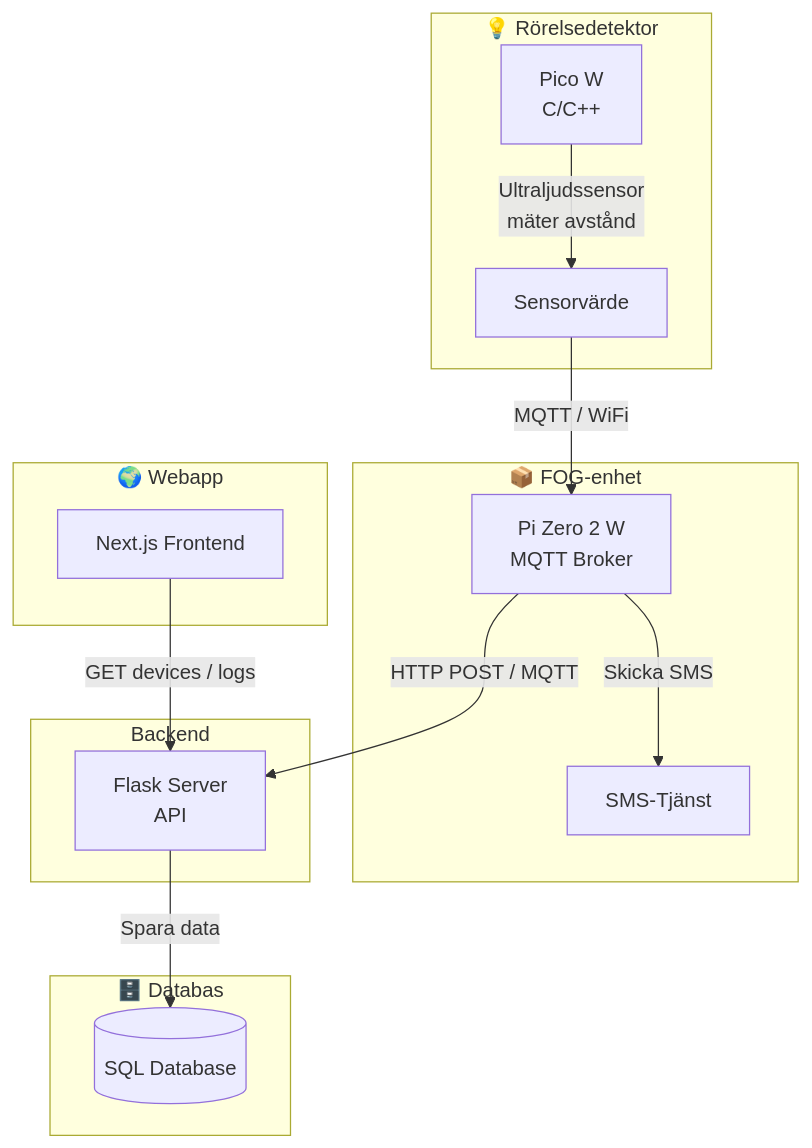
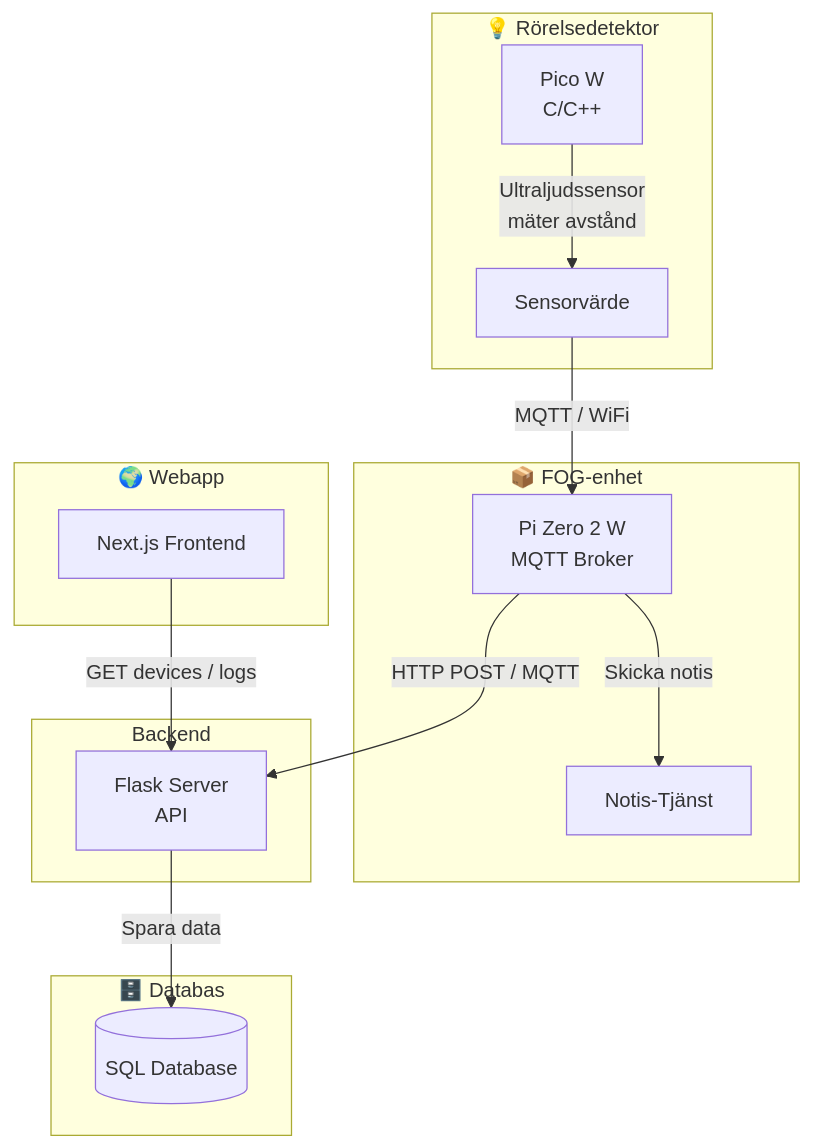
The diagram in README.md (Brumse/Jensen-hemlarm-2.0), drawn with Mermaid before and after one commit.

````diff
--- a/README.md
+++ b/README.md
@@ -11,28 +11,28 @@
 ```mermaid
 graph TD
     subgraph "💡 Rörelsedetektor"
         A[Pico W<br/>C/C++]
         A -->|Ultraljudssensor<br/>mäter avstånd| B[Sensorvärde]
     end
 
     subgraph "📦 FOG-enhet "
         C[Pi Zero 2 W <Br/> MQTT Broker]
         B -->|MQTT / WiFi| C
-        C -->|Skicka SMS| G[SMS-Tjänst]
+        C -->|Skicka notis| G[Notis-Tjänst]
     end
     subgraph " Backend "
         D[Flask Server<Br/>API]
         C -->|HTTP POST / MQTT| D
         
     end
 
     subgraph "🗄️ Databas"
         E[(SQL Database)]
         D -->|Spara data| E
     end
 
     subgraph "🌍 Webapp"
         F[Next.js Frontend]
         F -->|GET devices / logs| D
     end
 ```
````
